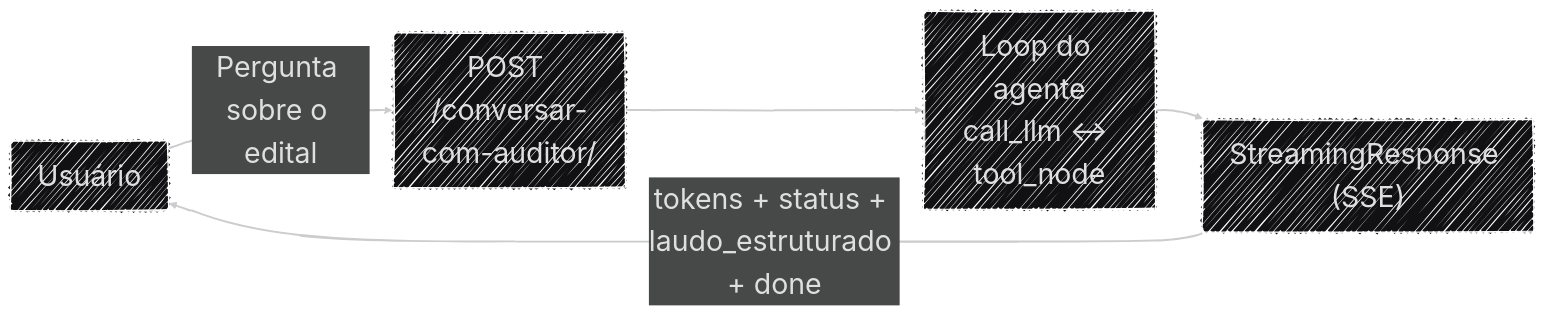
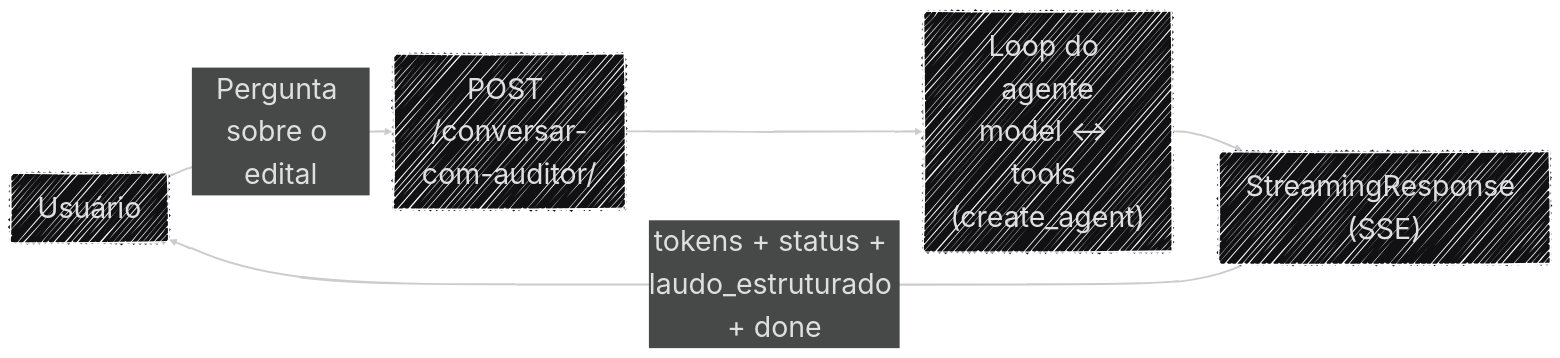
The second of 3 diagrams in docs/arquitetura/fluxo_dados.md (Moreira-89/auditor-cidadao), drawn with Mermaid before and after one commit. The commit also changed other lines of this file and 15 other files, not shown here.

````diff
--- a/docs/arquitetura/fluxo_dados.md
+++ b/docs/arquitetura/fluxo_dados.md
@@ -45,17 +45,17 @@
 ```mermaid
 ---
 config:
   layout: dagre
   theme: redux-dark
   look: handDrawn
   fontFamily: '''Source Code Pro Variable'', monospace'
   themeVariables:
     fontFamily: '''Source Code Pro Variable'', monospace'
     fontSize: '32px'
 ---
 flowchart LR
     U["Usuário"] -->|"Pergunta sobre o edital"| CHAT["POST /conversar-com-auditor/"]
-    CHAT --> AGENTE["Loop do agente<br>call_llm ↔ tool_node"]
+    CHAT --> AGENTE["Loop do agente<br>model ↔ tools (create_agent)"]
     AGENTE --> SSE["StreamingResponse (SSE)"]
     SSE -->|"tokens + status + laudo_estruturado + done"| U
 ```
````
